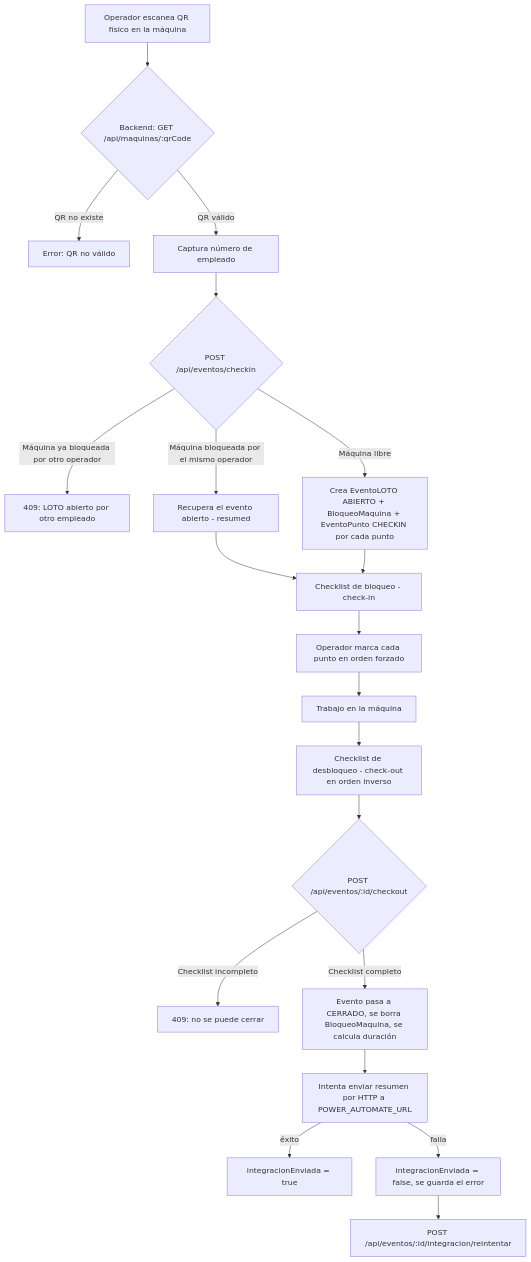
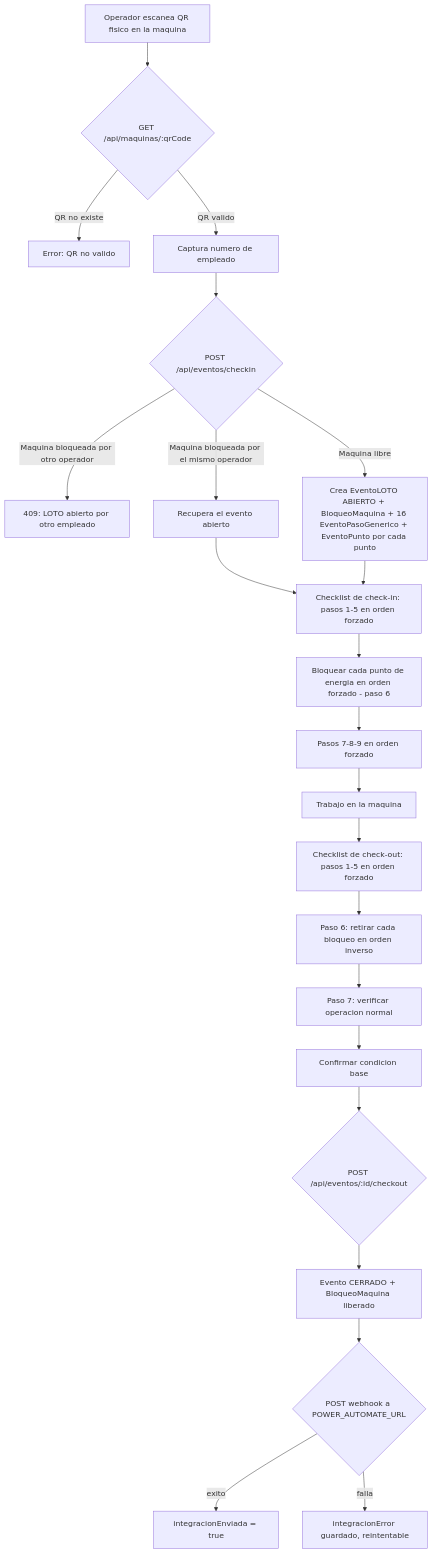
The second of 2 diagrams in README.md (TheRealCE1/LOTOdigital), drawn with Mermaid before and after one commit. The commit also changed other lines of this file, not shown here.

````diff
--- a/README.md
+++ b/README.md
@@ -132,22 +149,24 @@
 ```mermaid
 flowchart TD
-    A[Operador escanea QR físico en la máquina] --> B{Backend: GET /api/maquinas/:qrCode}
-    B -- QR no existe --> B1[Error: QR no válido]
-    B -- QR válido --> C[Captura número de empleado]
+    A[Operador escanea QR fisico en la maquina] --> B{GET /api/maquinas/:qrCode}
+    B -- QR no existe --> B1[Error: QR no valido]
+    B -- QR valido --> C[Captura numero de empleado]
     C --> D{POST /api/eventos/checkin}
-    D -- Máquina ya bloqueada por otro operador --> D1[409: LOTO abierto por otro empleado]
-    D -- Máquina bloqueada por el mismo operador --> D2[Recupera el evento abierto - resumed]
-    D -- Máquina libre --> E[Crea EventoLOTO ABIERTO + BloqueoMaquina + EventoPunto CHECKIN por cada punto]
+    D -- Maquina bloqueada por otro operador --> D1[409: LOTO abierto por otro empleado]
+    D -- Maquina bloqueada por el mismo operador --> D2[Recupera el evento abierto]
+    D -- Maquina libre --> E[Crea EventoLOTO ABIERTO + BloqueoMaquina + 16 EventoPasoGenerico + EventoPunto por cada punto]
     D2 --> F
-    E --> F[Checklist de bloqueo - check-in]
-    F --> F1[Operador marca cada punto en orden forzado]
-    F1 --> G[Trabajo en la máquina]
-    G --> H[Checklist de desbloqueo - check-out en orden inverso]
-    H --> H1{POST /api/eventos/:id/checkout}
-    H1 -- Checklist incompleto --> H2[409: no se puede cerrar]
-    H1 -- Checklist completo --> I[Evento pasa a CERRADO, se borra BloqueoMaquina, se calcula duración]
-    I --> J[Intenta enviar resumen por HTTP a POWER_AUTOMATE_URL]
-    J -- éxito --> K[integracionEnviada = true]
-    J -- falla --> L[integracionEnviada = false, se guarda el error]
-    L --> M[POST /api/eventos/:id/integracion/reintentar]
+    E --> F[Checklist de check-in: pasos 1-5 en orden forzado]
+    F --> G[Bloquear cada punto de energia en orden forzado - paso 6]
+    G --> H[Pasos 7-8-9 en orden forzado]
+    H --> I[Trabajo en la maquina]
+    I --> J[Checklist de check-out: pasos 1-5 en orden forzado]
+    J --> K[Paso 6: retirar cada bloqueo en orden inverso]
+    K --> L[Paso 7: verificar operacion normal]
+    L --> M[Confirmar condicion base]
+    M --> N{POST /api/eventos/:id/checkout}
+    N --> O[Evento CERRADO + BloqueoMaquina liberado]
+    O --> P{POST webhook a POWER_AUTOMATE_URL}
+    P -- exito --> Q[integracionEnviada = true]
+    P -- falla --> R[integracionError guardado, reintentable]
 ```
````
